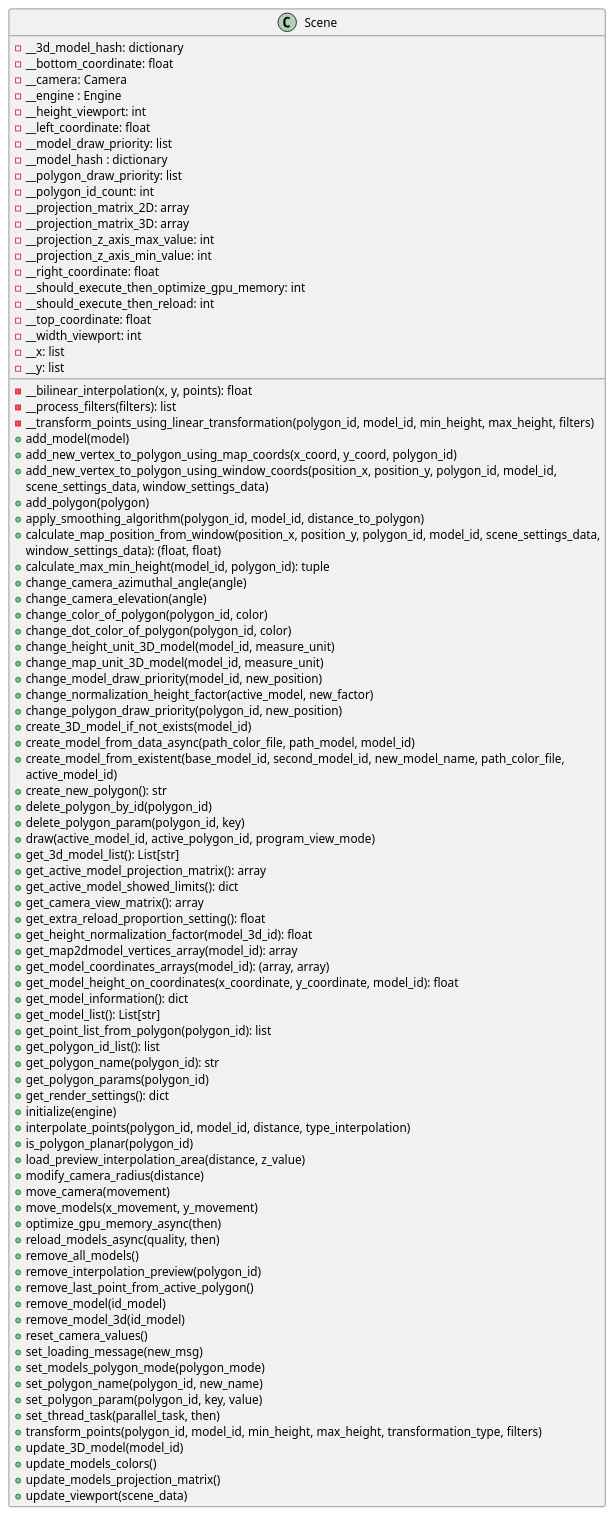
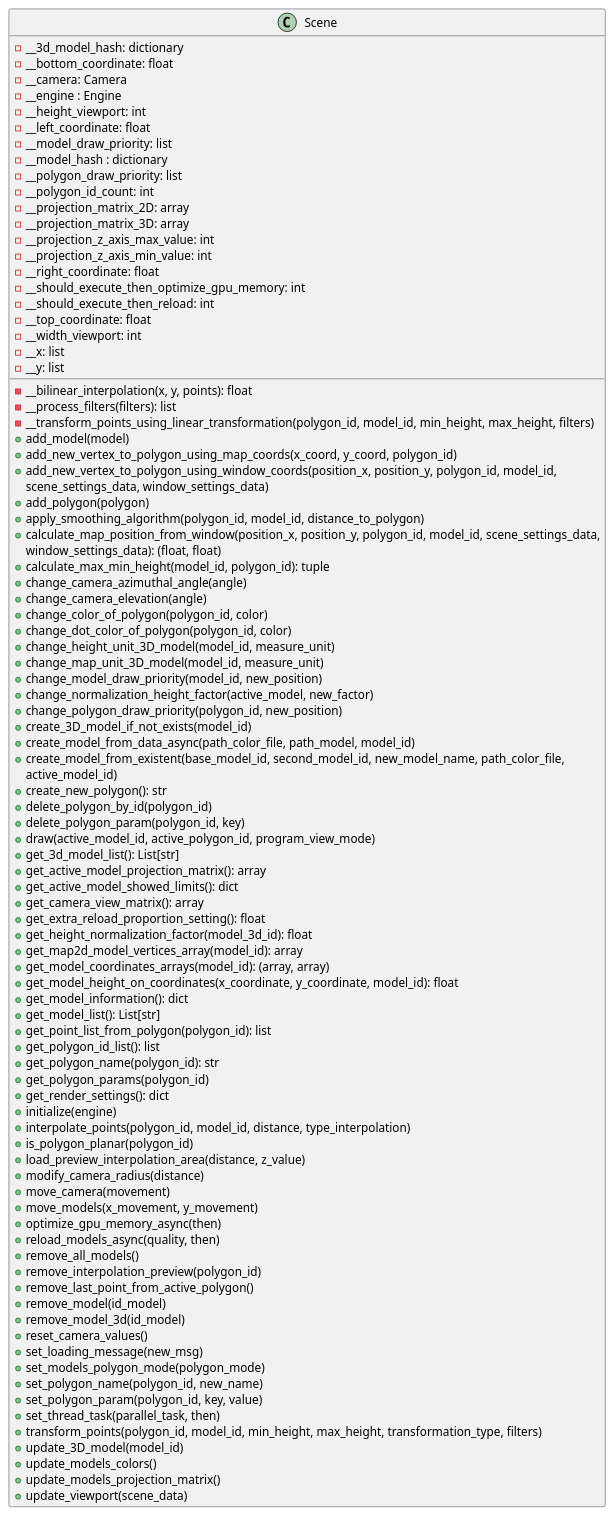
The diagram in docs/classes/Scene.puml (ferpoble2/Relief_Creator), drawn with PlantUML before and after one commit. The commit also changed 2 other files, not shown here.

```diff
--- a/docs/classes/Scene.puml
+++ b/docs/classes/Scene.puml
@@ -1,96 +1,96 @@
 @startuml
             class Scene{
                 - __bilinear_interpolation(x, y, points): float
                 - __process_filters(filters): list
                 - __transform_points_using_linear_transformation(polygon_id, model_id, min_height, max_height, filters)
                 + add_model(model)
                 + add_new_vertex_to_polygon_using_map_coords(x_coord, y_coord, polygon_id)
                 + add_new_vertex_to_polygon_using_window_coords(position_x, position_y, polygon_id, model_id,
                                                                 scene_settings_data, window_settings_data)
                 + add_polygon(polygon)
                 + apply_smoothing_algorithm(polygon_id, model_id, distance_to_polygon)
                 + calculate_map_position_from_window(position_x, position_y, polygon_id, model_id, scene_settings_data,
                                                        window_settings_data): (float, float)
                 + calculate_max_min_height(model_id, polygon_id): tuple
                 + change_camera_azimuthal_angle(angle)
                 + change_camera_elevation(angle)
                 + change_color_of_polygon(polygon_id, color)
                 + change_dot_color_of_polygon(polygon_id, color)
                 + change_height_unit_3D_model(model_id, measure_unit)
                 + change_map_unit_3D_model(model_id, measure_unit)
                 + change_model_draw_priority(model_id, new_position)
                 + change_normalization_height_factor(active_model, new_factor)
                 + change_polygon_draw_priority(polygon_id, new_position)
                 + create_3D_model_if_not_exists(model_id)
                 + create_model_from_data_async(path_color_file, path_model, model_id)
                 + create_model_from_existent(base_model_id, second_model_id, new_model_name, path_color_file,
                                               active_model_id)
                 + create_new_polygon(): str
                 + delete_polygon_by_id(polygon_id)
                 + delete_polygon_param(polygon_id, key)
                 + draw(active_model_id, active_polygon_id, program_view_mode)
                 + get_3d_model_list(): List[str]
                 + get_active_model_projection_matrix(): array
                 + get_active_model_showed_limits(): dict
                 + get_camera_view_matrix(): array
                 + get_extra_reload_proportion_setting(): float
                 + get_height_normalization_factor(model_3d_id): float
-                + get_map2dmodel_vertices_array(model_id): array
+                + get_map2d_model_vertices_array(model_id): array
                 + get_model_coordinates_arrays(model_id): (array, array)
                 + get_model_height_on_coordinates(x_coordinate, y_coordinate, model_id): float
                 + get_model_information(): dict
                 + get_model_list(): List[str]
                 + get_point_list_from_polygon(polygon_id): list
                 + get_polygon_id_list(): list
                 + get_polygon_name(polygon_id): str
                 + get_polygon_params(polygon_id)
                 + get_render_settings(): dict
                 + initialize(engine)
                 + interpolate_points(polygon_id, model_id, distance, type_interpolation)
                 + is_polygon_planar(polygon_id)
                 + load_preview_interpolation_area(distance, z_value)
                 + modify_camera_radius(distance)
                 + move_camera(movement)
                 + move_models(x_movement, y_movement)
                 + optimize_gpu_memory_async(then)
                 + reload_models_async(quality, then)
                 + remove_all_models()
                 + remove_interpolation_preview(polygon_id)
                 + remove_last_point_from_active_polygon()
                 + remove_model(id_model)
                 + remove_model_3d(id_model)
                 + reset_camera_values()
                 + set_loading_message(new_msg)
                 + set_models_polygon_mode(polygon_mode)
                 + set_polygon_name(polygon_id, new_name)
                 + set_polygon_param(polygon_id, key, value)
                 + set_thread_task(parallel_task, then)
                 + transform_points(polygon_id, model_id, min_height, max_height, transformation_type, filters)
                 + update_3D_model(model_id)
                 + update_models_colors()
                 + update_models_projection_matrix()
                 + update_viewport(scene_data)
 
                 - __3d_model_hash: dictionary
                 - __bottom_coordinate: float
                 - __camera: Camera
                 - __engine : Engine
                 - __height_viewport: int
                 - __left_coordinate: float
                 - __model_draw_priority: list
                 - __model_hash : dictionary
                 - __polygon_draw_priority: list
                 - __polygon_id_count: int
                 - __projection_matrix_2D: array
                 - __projection_matrix_3D: array
                 - __projection_z_axis_max_value: int
                 - __projection_z_axis_min_value: int
                 - __right_coordinate: float
                 - __should_execute_then_optimize_gpu_memory: int
                 - __should_execute_then_reload: int
                 - __top_coordinate: float
                 - __width_viewport: int
                 - __x: list
                 - __y: list
             }
 @enduml
```
